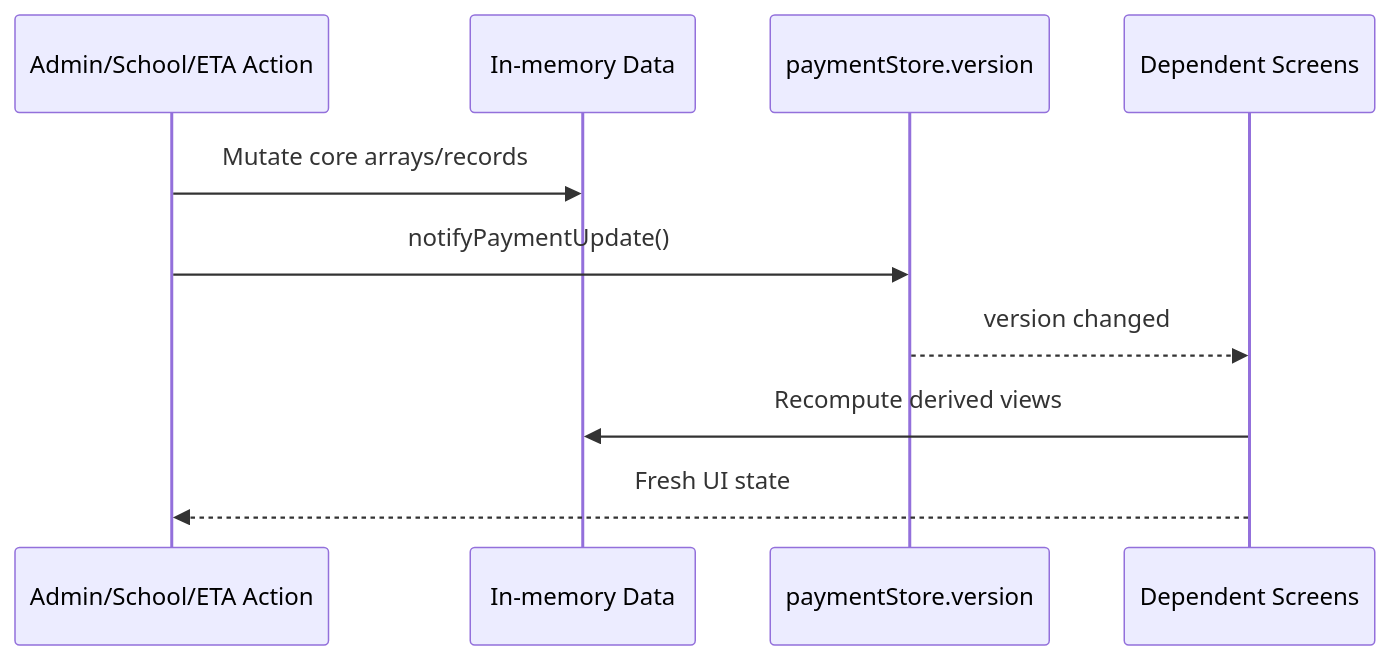
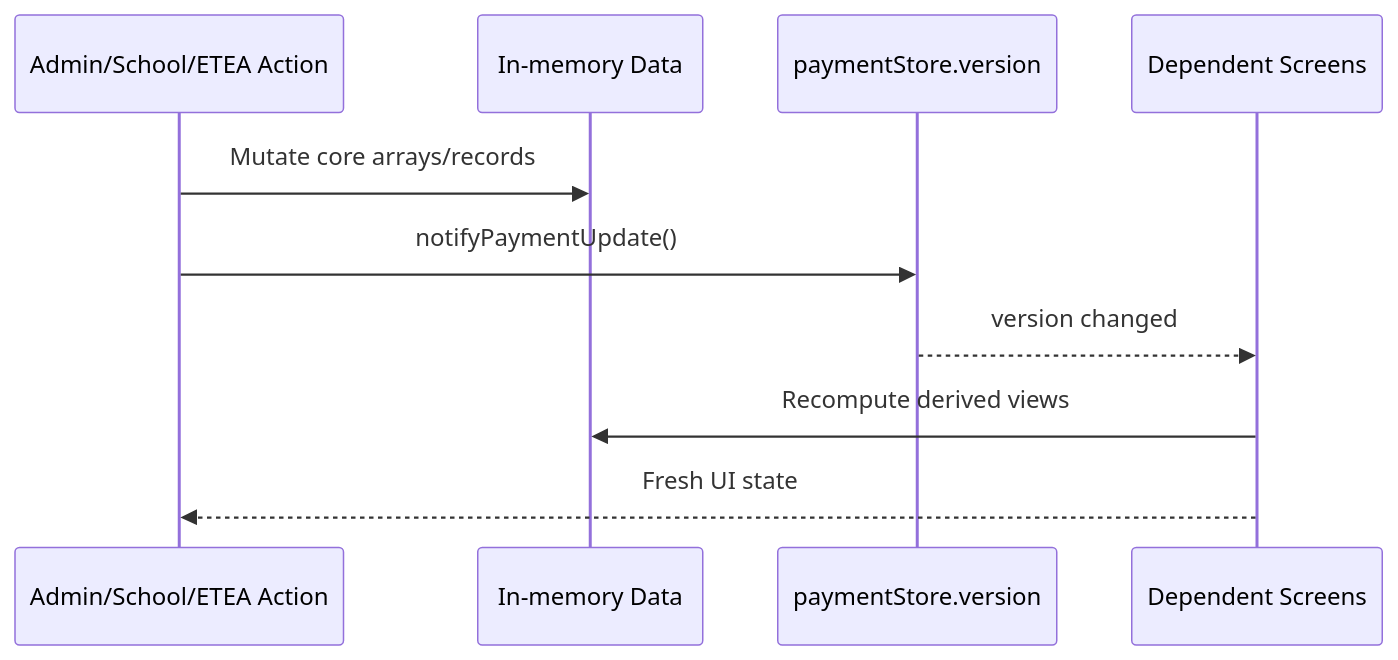
One commit to Engrkhizarkhan/billing-brilliance changed the fifth of 6 diagrams in docs/workflow/workflow-sequence.md. Above: the diagram before and after it, drawn with Mermaid. The commit also changed other lines of this file and 32 other files, not shown here.

````diff
--- a/docs/workflow/workflow-sequence.md
+++ b/docs/workflow/workflow-sequence.md
@@ -132,13 +132,13 @@
 ```mermaid
 sequenceDiagram
-    participant AnyModule as Admin/School/ETA Action
+    participant AnyModule as Admin/School/ETEA Action
     participant Data as In-memory Data
     participant Store as paymentStore.version
     participant Screens as Dependent Screens
 
     AnyModule->>Data: Mutate core arrays/records
     AnyModule->>Store: notifyPaymentUpdate()
     Store-->>Screens: version changed
     Screens->>Data: Recompute derived views
     Screens-->>AnyModule: Fresh UI state
 ```
````
